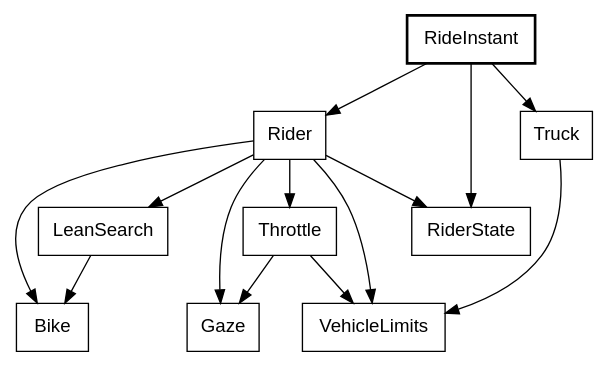
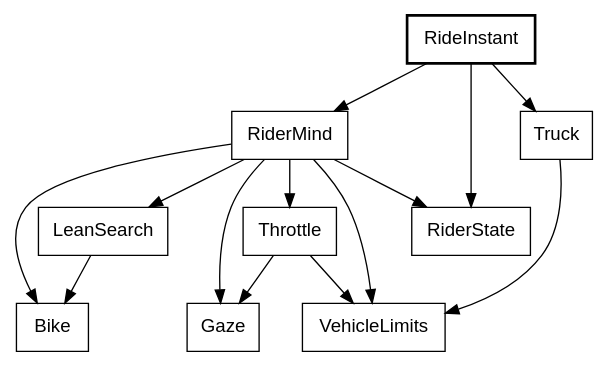
Diagram 15 of 35 in canvas_apps/safari/tutorial/tutorial.md (showell/roc-apps), drawn with Graphviz before and after one commit. The commit also changed other lines of this file and 3 other files, not shown here.

Commit message:
Safari: rename the module Rider (the rider's mind) to RiderMind

````diff
--- a/canvas_apps/safari/tutorial/tutorial.md
+++ b/canvas_apps/safari/tutorial/tutorial.md
@@ -1459,19 +1459,19 @@
 ```dot
 digraph stepped {
   node [shape=box, fontname="Helvetica"];
   RideInstant [style=bold];
-  RideInstant -> Rider;
+  RideInstant -> RiderMind;
   RideInstant -> Truck;
   RideInstant -> RiderState;
-  Rider -> Bike;
-  Rider -> Throttle;
-  Rider -> LeanSearch;
-  Rider -> Gaze;
-  Rider -> RiderState;
-  Rider -> VehicleLimits;
+  RiderMind -> Bike;
+  RiderMind -> Throttle;
+  RiderMind -> LeanSearch;
+  RiderMind -> Gaze;
+  RiderMind -> RiderState;
+  RiderMind -> VehicleLimits;
   Truck -> VehicleLimits;
   Throttle -> Gaze;
   Throttle -> VehicleLimits;
   LeanSearch -> Bike;
 }
 ```
````
